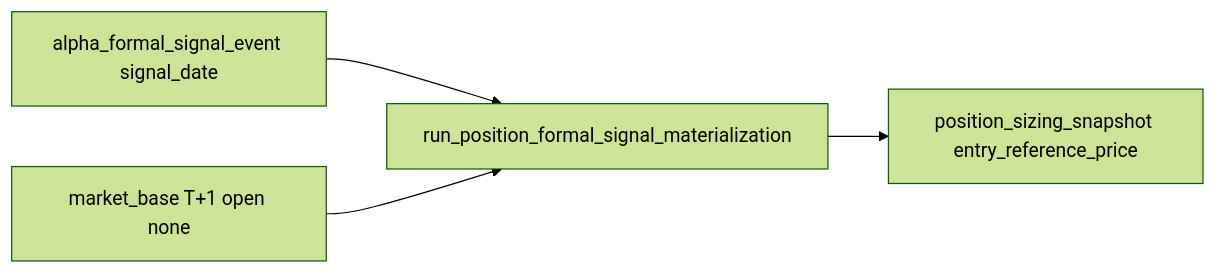
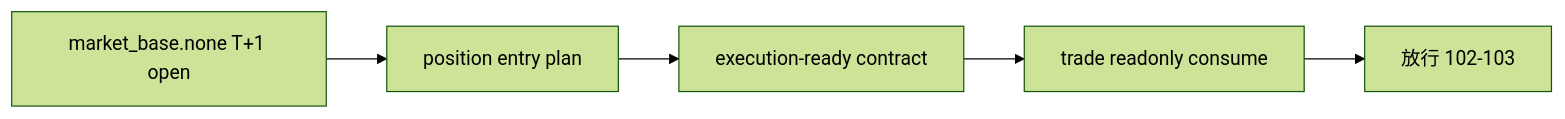
One commit to everything-is-simple/lifespan-0.01 changed the diagram in docs/03-execution/101-position-entry-t-plus-1-open-reference-price-correction-conclusion-20260411.md. Above: the diagram before and after it, drawn with Mermaid (forest theme). The commit also changed other lines of this file and 11 other files, not shown here.

````diff
--- a/docs/03-execution/101-position-entry-t-plus-1-open-reference-price-correction-conclusion-20260411.md
+++ b/docs/03-execution/101-position-entry-t-plus-1-open-reference-price-correction-conclusion-20260411.md
@@ -24,6 +28,7 @@
 ```mermaid
 flowchart LR
-    SIG[alpha_formal_signal_event signal_date] --> RUNNER[run_position_formal_signal_materialization]
-    MB[market_base T+1 open none] --> RUNNER
-    RUNNER --> PS[position_sizing_snapshot entry_reference_price]
+    MB["market_base.none T+1 open"] --> P["position entry plan"]
+    P --> C["execution-ready contract"]
+    C --> T["trade readonly consume"]
+    T --> N["放行 102-103"]
 ```
````
